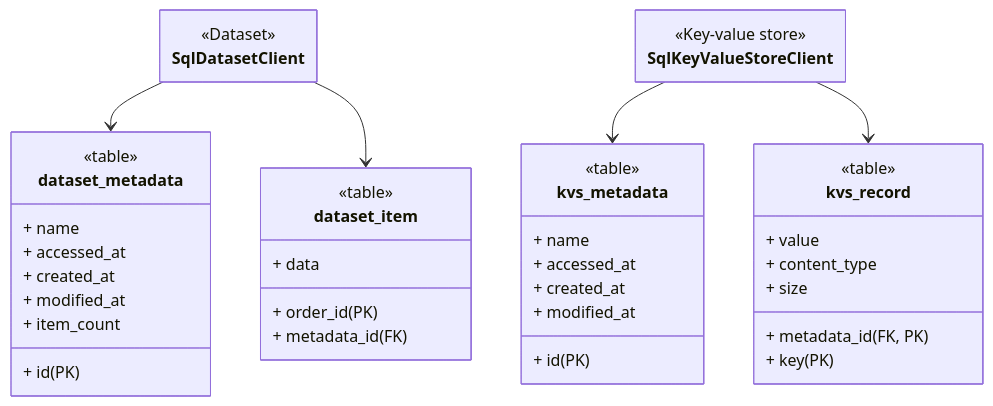
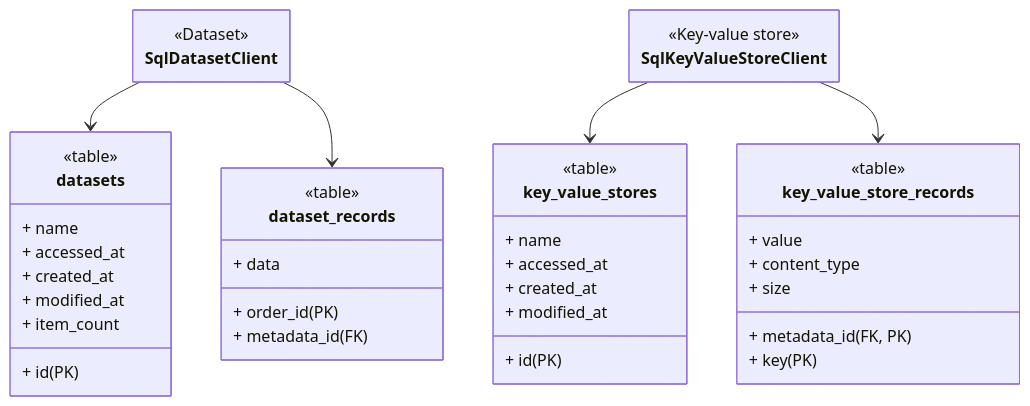
Before and after one commit to apify/crawlee-python: the second of 3 diagrams in docs/guides/storage_clients.mdx, drawn with Mermaid. The commit also changed other lines of this file and 13 other files, not shown here.

Commit message:
polish sql-client

````diff
--- a/docs/guides/storage_clients.mdx
+++ b/docs/guides/storage_clients.mdx
@@ -151,74 +160,74 @@
 ```mermaid
 ---
 config:
     class:
         hideEmptyMembersBox: true
 ---
 
 classDiagram
 
 %% ========================
 %% Storage Clients
 %% ========================
 
 class SqlDatasetClient {
     <<Dataset>>
 }
 
 class SqlKeyValueStoreClient {
     <<Key-value store>>
 }
 
 %% ========================
 %% Dataset Tables
 %% ========================
 
-class dataset_metadata {
+class datasets {
     <<table>>
     + id (PK)
     + name
     + accessed_at
     + created_at
     + modified_at
     + item_count
 }
 
-class dataset_item {
+class dataset_records {
     <<table>>
     + order_id (PK)
     + metadata_id (FK)
     + data
 }
 
 %% ========================
 %% Key-Value Store Tables
 %% ========================
 
-class kvs_metadata {
+class key_value_stores {
     <<table>>
     + id (PK)
     + name
     + accessed_at
     + created_at
     + modified_at
 }
 
-class kvs_record {
+class key_value_store_records {
     <<table>>
     + metadata_id (FK, PK)
     + key (PK)
     + value
     + content_type
     + size
 }
 
 %% ========================
 %% Client to Table arrows
 %% ========================
 
-SqlDatasetClient --> dataset_metadata
-SqlDatasetClient --> dataset_item
+SqlDatasetClient --> datasets
+SqlDatasetClient --> dataset_records
 
-SqlKeyValueStoreClient --> kvs_metadata
-SqlKeyValueStoreClient --> kvs_record
+SqlKeyValueStoreClient --> key_value_stores
+SqlKeyValueStoreClient --> key_value_store_records
 ```
````
